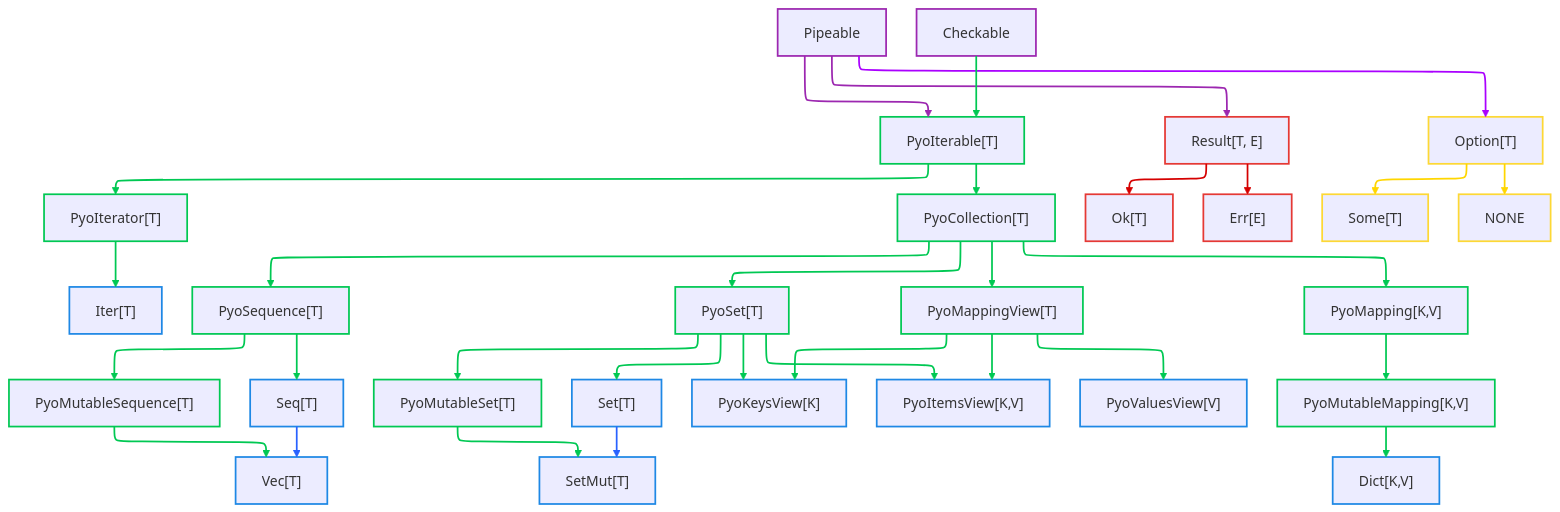
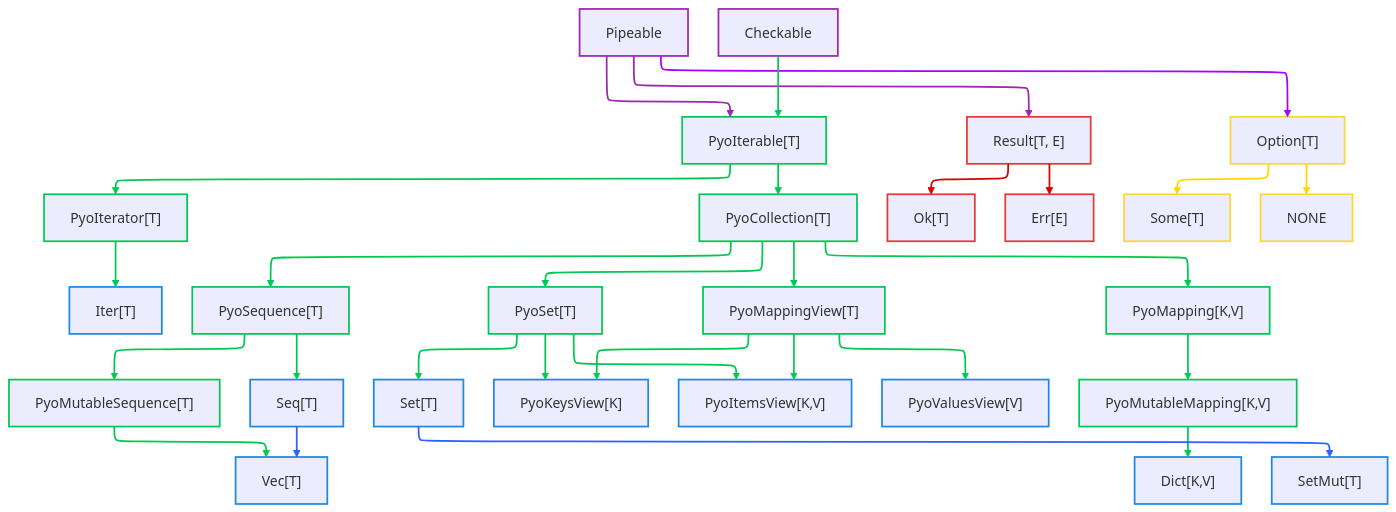
Before and after one commit to OutSquareCapital/pyochain: the diagram in docs/core-types-overview.md, drawn with Mermaid. The commit also changed other lines of this file and 3 other files, not shown here.

Commit message:
fixed reference to PyoMutableSet

````diff
--- a/docs/core-types-overview.md
+++ b/docs/core-types-overview.md
@@ -91,82 +90,78 @@
 ```mermaid
 ---
 config:
   layout: elk
 ---
 flowchart TB
     Pipeable["Pipeable"] ==> PyoIterable["PyoIterable[T]"] & Result["Result[T, E]"] & Option["Option[T]"]
     Checkable["Checkable"] ==> PyoIterable
     PyoIterable --> PyoIterator["PyoIterator[T]"] & PyoCollection["PyoCollection[T]"]
     PyoIterator ==> Iter["Iter[T]"]
     PyoCollection --> PyoSequence["PyoSequence[T]"] & PyoSet["PyoSet[T]"] & PyoMappingView["PyoMappingView[T]"] & PyoMapping["PyoMapping[K,V]"]
     PyoSequence --> PyoMutableSequence["PyoMutableSequence[T]"]
     PyoSequence ==> Seq["Seq[T]"]
     PyoMutableSequence ==> Vec["Vec[T]"]
-    PyoSet ==> PyoMutableSet["PyoMutableSet[T]"] & Set["Set[T]"] & PyoKeysView["PyoKeysView[K]"] & PyoItemsView["PyoItemsView[K,V]"]
-    PyoMutableSet ==> SetMut["SetMut[T]"]
+    PyoSet ==> Set["Set[T]"] & PyoKeysView["PyoKeysView[K]"] & PyoItemsView["PyoItemsView[K,V]"]
     PyoMappingView ==> PyoKeysView & PyoValuesView["PyoValuesView[V]"] & PyoItemsView
     PyoMapping ==> PyoMutableMapping["PyoMutableMapping[K,V]"]
     PyoMutableMapping ==> Dict["Dict[K,V]"]
     Result ==> Ok["Ok[T]"] & Err["Err[E]"]
     Option ==> Some["Some[T]"] & NONE["NONE"]
-    Set ==> SetMut
+    Set ==> SetMut["SetMut[T]"]
     Seq ==> Vec
 
     style Pipeable stroke:#9C27B0,stroke-width:2px
     style PyoIterable stroke:#00C853,stroke-width:2px
     style Result stroke:#E53935,stroke-width:2px
     style Option stroke:#FDD835,stroke-width:2px
     style Checkable stroke:#9C27B0,stroke-width:2px
     style PyoIterator stroke:#00C853,stroke-width:2px
     style PyoCollection stroke:#00C853,stroke-width:2px
     style Iter stroke:#1E88E5,stroke-width:2px
     style PyoSequence stroke:#00C853,stroke-width:2px
     style PyoSet stroke:#00C853,stroke-width:2px
     style PyoMappingView stroke:#00C853,stroke-width:2px
     style PyoMapping stroke:#00C853,stroke-width:2px
     style PyoMutableSequence stroke:#00C853,stroke-width:2px
     style Seq stroke:#1E88E5,stroke-width:2px
     style Vec stroke:#1E88E5,stroke-width:2px
-    style PyoMutableSet stroke:#00C853,stroke-width:2px
     style Set stroke:#1E88E5,stroke-width:2px
     style PyoKeysView stroke:#1E88E5,stroke-width:2px
     style PyoItemsView stroke:#1E88E5,stroke-width:2px
     style SetMut stroke:#1E88E5,stroke-width:2px
     style PyoValuesView stroke:#1E88E5,stroke-width:2px
     style PyoMutableMapping stroke:#00C853,stroke-width:2px
     style Dict stroke:#1E88E5,stroke-width:2px
     style Ok stroke:#E53935,stroke-width:2px
     style Err stroke:#E53935,stroke-width:2px
     style Some stroke:#FDD835,stroke-width:2px
     style NONE stroke:#FDD835,stroke-width:2px
     linkStyle 0 stroke:#9C27B0,stroke-width:2px,fill:none
     linkStyle 1 stroke:#9C27B0,stroke-width:2px,fill:none
     linkStyle 2 stroke:#AA00FF,stroke-width:2px,fill:none
     linkStyle 3 stroke:#00C853,stroke-width:2px,fill:none
     linkStyle 4 stroke:#00C853,stroke-width:2px,fill:none
     linkStyle 5 stroke:#00C853,stroke-width:2px,fill:none
     linkStyle 6 stroke:#00C853,stroke-width:2px,fill:none
     linkStyle 7 stroke:#00C853,stroke-width:2px,fill:none
     linkStyle 8 stroke:#00C853,stroke-width:2px,fill:none
     linkStyle 9 stroke:#00C853,stroke-width:2px,fill:none
     linkStyle 10 stroke:#00C853,stroke-width:2px,fill:none
     linkStyle 11 stroke:#00C853,stroke-width:2px,fill:none
     linkStyle 12 stroke:#00C853,stroke-width:2px,fill:none
     linkStyle 13 stroke:#00C853,fill:none,stroke-width:2px
     linkStyle 14 stroke:#00C853,stroke-width:2px,fill:none
     linkStyle 15 stroke:#00C853,stroke-width:2px,fill:none
     linkStyle 16 stroke:#00C853,stroke-width:2px,fill:none
     linkStyle 17 stroke:#00C853,stroke-width:2px,fill:none
     linkStyle 18 stroke:#00C853,stroke-width:2px,fill:none
     linkStyle 19 stroke:#00C853,stroke-width:2px,fill:none
     linkStyle 20 stroke:#00C853,stroke-width:2px,fill:none
     linkStyle 21 stroke:#00C853,stroke-width:2px,fill:none
-    linkStyle 22 stroke:#00C853,stroke-width:2px,fill:none
-    linkStyle 23 stroke:#00C853,stroke-width:2px,fill:none
-    linkStyle 24 stroke:#D50000,stroke-width:2px,fill:none
-    linkStyle 25 stroke:#D50000,stroke-width:2px,fill:none
-    linkStyle 26 stroke:#FFD600,stroke-width:2px,fill:none
-    linkStyle 27 stroke:#FFD600,stroke-width:2px,fill:none
-    linkStyle 28 stroke:#2962FF,fill:none,stroke-width:2px
-    linkStyle 29 stroke:#2962FF,fill:none,stroke-width:2px
+    linkStyle 22 stroke:#D50000,stroke-width:2px,fill:none
+    linkStyle 23 stroke:#D50000,stroke-width:2px,fill:none
+    linkStyle 24 stroke:#FFD600,stroke-width:2px,fill:none
+    linkStyle 25 stroke:#FFD600,stroke-width:2px,fill:none
+    linkStyle 26 stroke:#2962FF,fill:none,stroke-width:2px
+    linkStyle 27 stroke:#2962FF,fill:none,stroke-width:2px
 ```
````
